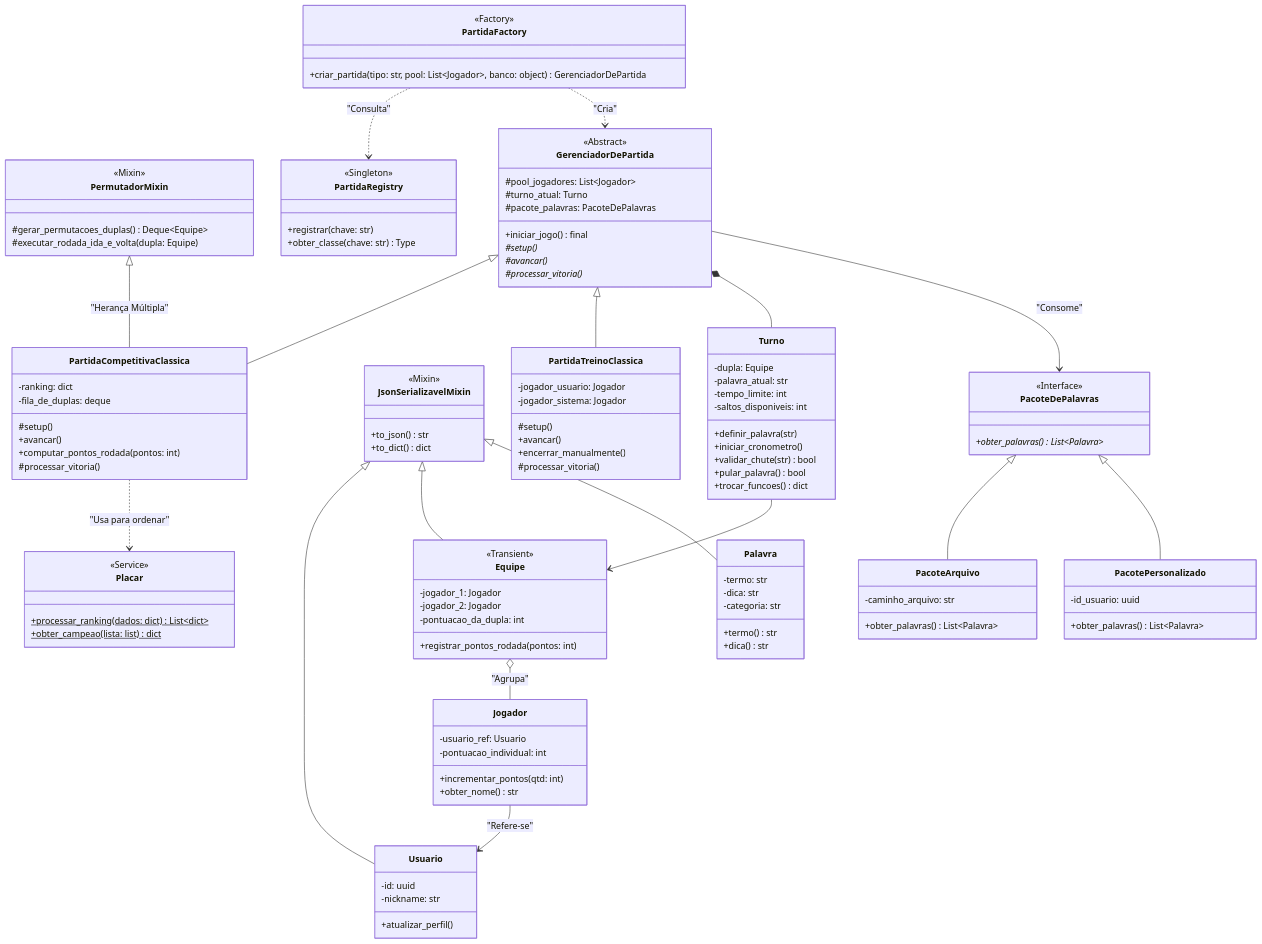
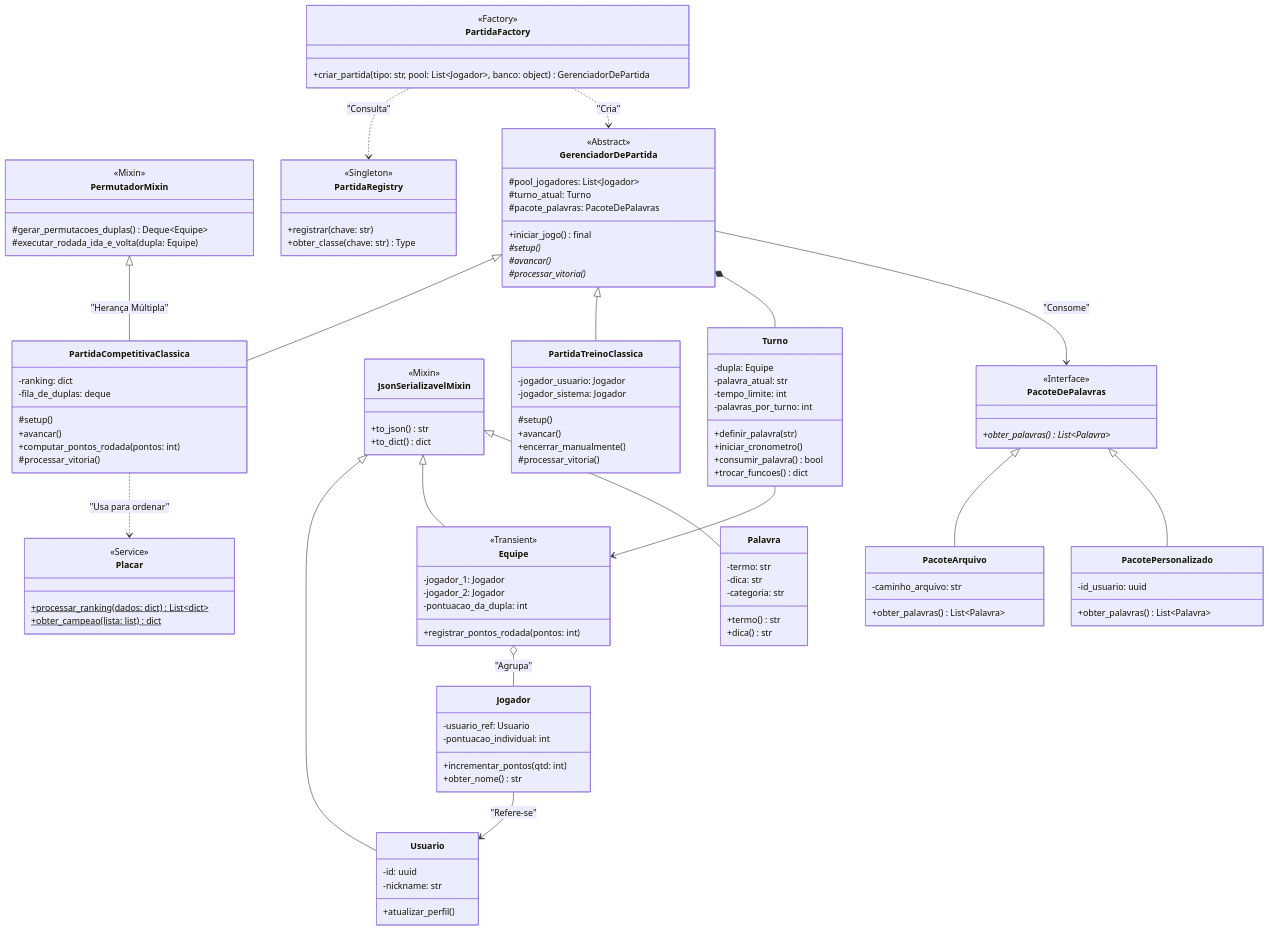
The diagram in README.md (SebastiaoSoares/Trocadu), drawn with Mermaid before and after one commit. The commit also changed 23 other files, not shown here.

```diff
--- a/README.md
+++ b/README.md
@@ -135,11 +135,10 @@
         -dupla: Equipe
         -palavra_atual: str
         -tempo_limite: int
-        -saltos_disponiveis: int
+        -palavras_por_turno: int
         +definir_palavra(str)
         +iniciar_cronometro()
-        +validar_chute(str) bool
-        +pular_palavra() bool
+        +consumir_palavra() bool
         +trocar_funcoes() dict
     }
 
```
